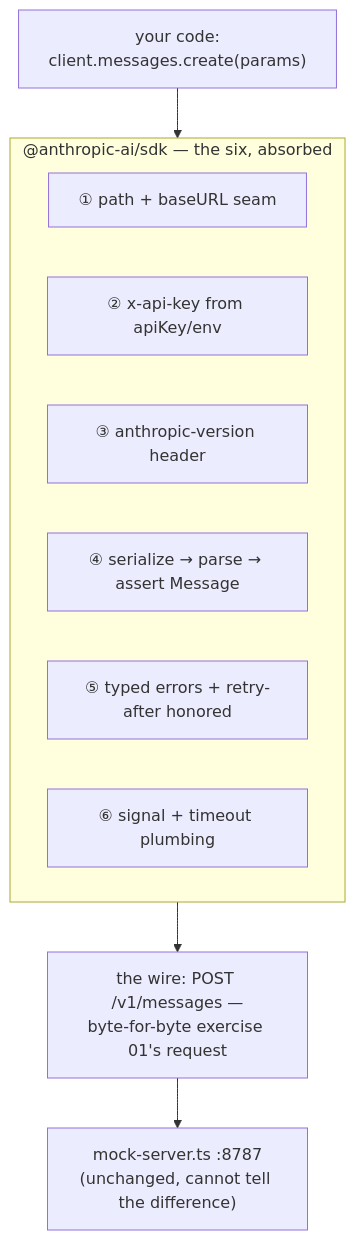
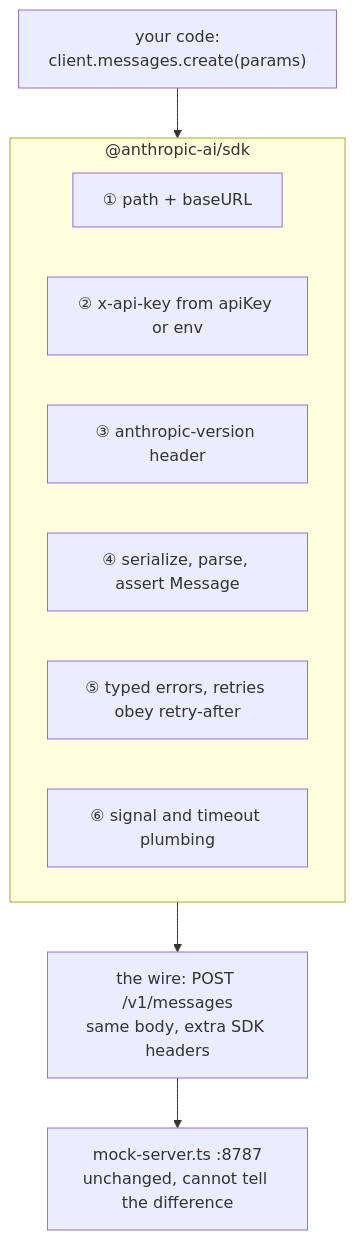
The first of 2 diagrams in wiki/lessons/lesson-0003-the-sdk-absorbs-the-six.md (JozsefKiss90/TS), drawn with Mermaid before and after one commit. The commit also changed other lines of this file and 49 other files, not shown here.

````diff
--- a/wiki/lessons/lesson-0003-the-sdk-absorbs-the-six.md
+++ b/wiki/lessons/lesson-0003-the-sdk-absorbs-the-six.md
@@ -19,15 +24,15 @@
 ```mermaid
 flowchart TD
     CALL["your code:<br/>client.messages.create(params)"]
-    subgraph SDK["@anthropic-ai/sdk — the six, absorbed"]
-        EP["① path + baseURL seam"]
-        AUTH["② x-api-key from apiKey/env"]
+    subgraph SDK["@anthropic-ai/sdk"]
+        EP["① path + baseURL"]
+        AUTH["② x-api-key from apiKey or env"]
         VER["③ anthropic-version header"]
-        SER["④ serialize → parse → assert Message"]
-        ERR["⑤ typed errors + retry-after honored"]
-        CAN["⑥ signal + timeout plumbing"]
+        SER["④ serialize, parse, assert Message"]
+        ERR["⑤ typed errors, retries obey retry-after"]
+        CAN["⑥ signal and timeout plumbing"]
     end
-    WIRE["the wire: POST /v1/messages —<br/>byte-for-byte exercise 01's request"]
-    MOCK["mock-server.ts :8787<br/>(unchanged, cannot tell the difference)"]
+    WIRE["the wire: POST /v1/messages<br/>same body, extra SDK headers"]
+    MOCK["mock-server.ts :8787<br/>unchanged, cannot tell the difference"]
     CALL --> SDK --> WIRE --> MOCK
 ```
````
